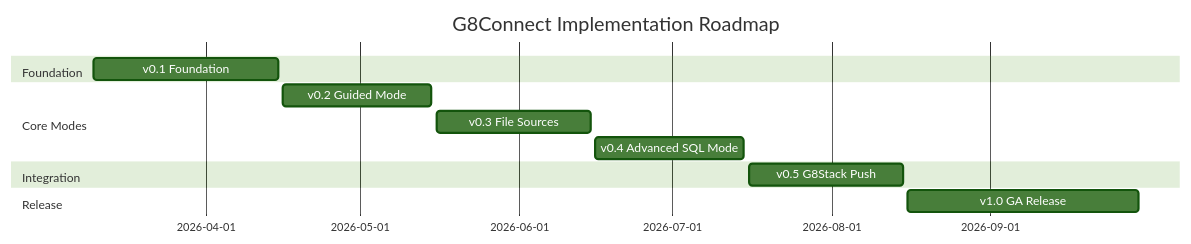
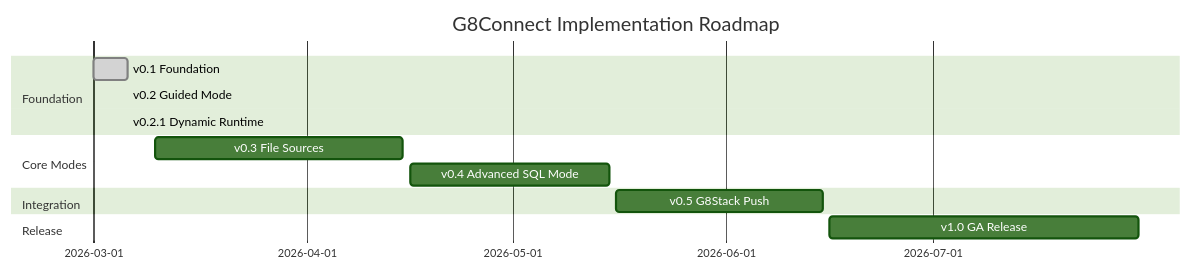
The first of 3 diagrams in docs/05-roadmap/01-implementation-roadmap.md (developers-hub-my/g8stack-connect), drawn with Mermaid (forest theme) before and after one commit. The commit also changed other lines of this file and 1 other file, not shown here.

````diff
--- a/docs/05-roadmap/01-implementation-roadmap.md
+++ b/docs/05-roadmap/01-implementation-roadmap.md
@@ -21,15 +22,16 @@
 ```mermaid
 gantt
   title G8Connect Implementation Roadmap
   dateFormat YYYY-MM-DD
   section Foundation
-    v0.1 Foundation         :2026-03-10, 2026-04-15
+    v0.1 Foundation         :done, 2026-03-01, 2026-03-06
+    v0.2 Guided Mode        :done, 2026-03-06, 2026-03-06
+    v0.2.1 Dynamic Runtime  :done, 2026-03-06, 2026-03-06
   section Core Modes
-    v0.2 Guided Mode        :2026-04-16, 2026-05-15
-    v0.3 File Sources       :2026-05-16, 2026-06-15
-    v0.4 Advanced SQL Mode  :2026-06-16, 2026-07-15
+    v0.3 File Sources       :2026-03-10, 2026-04-15
+    v0.4 Advanced SQL Mode  :2026-04-16, 2026-05-15
   section Integration
-    v0.5 G8Stack Push       :2026-07-16, 2026-08-15
+    v0.5 G8Stack Push       :2026-05-16, 2026-06-15
   section Release
-    v1.0 GA Release         :2026-08-16, 2026-09-30
+    v1.0 GA Release         :2026-06-16, 2026-07-31
 ```
````
